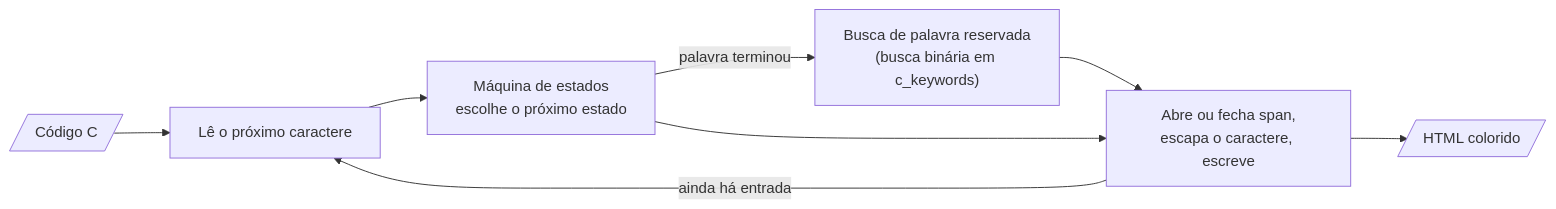
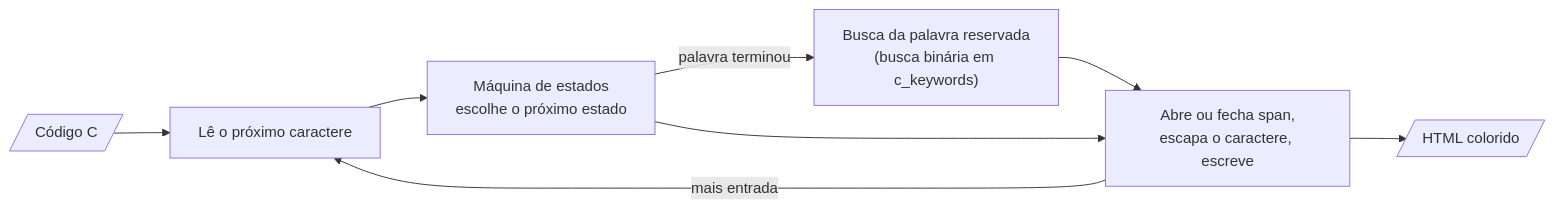
Before and after one commit to castlelli/mac0122: the third of 8 diagrams in README.pt-BR.md, drawn with Mermaid. The commit also changed other lines of this file and 2 other files, not shown here.

````diff
--- a/README.pt-BR.md
+++ b/README.pt-BR.md
@@ -158,10 +166,10 @@
 ```mermaid
 flowchart LR
     source[/"Código C"/] --> read["Lê o próximo caractere"]
     read --> machine["Máquina de estados<br/>escolhe o próximo estado"]
-    machine -- "palavra terminou" --> keywords["Busca de palavra reservada<br/>(busca binária em c_keywords)"]
+    machine -- "palavra terminou" --> keywords["Busca da palavra reservada<br/>(busca binária em c_keywords)"]
     keywords --> write
     machine --> write["Abre ou fecha span,<br/>escapa o caractere, escreve"]
     write --> html[/"HTML colorido"/]
-    write -- "ainda há entrada" --> read
+    write -- "mais entrada" --> read
 ```
````
